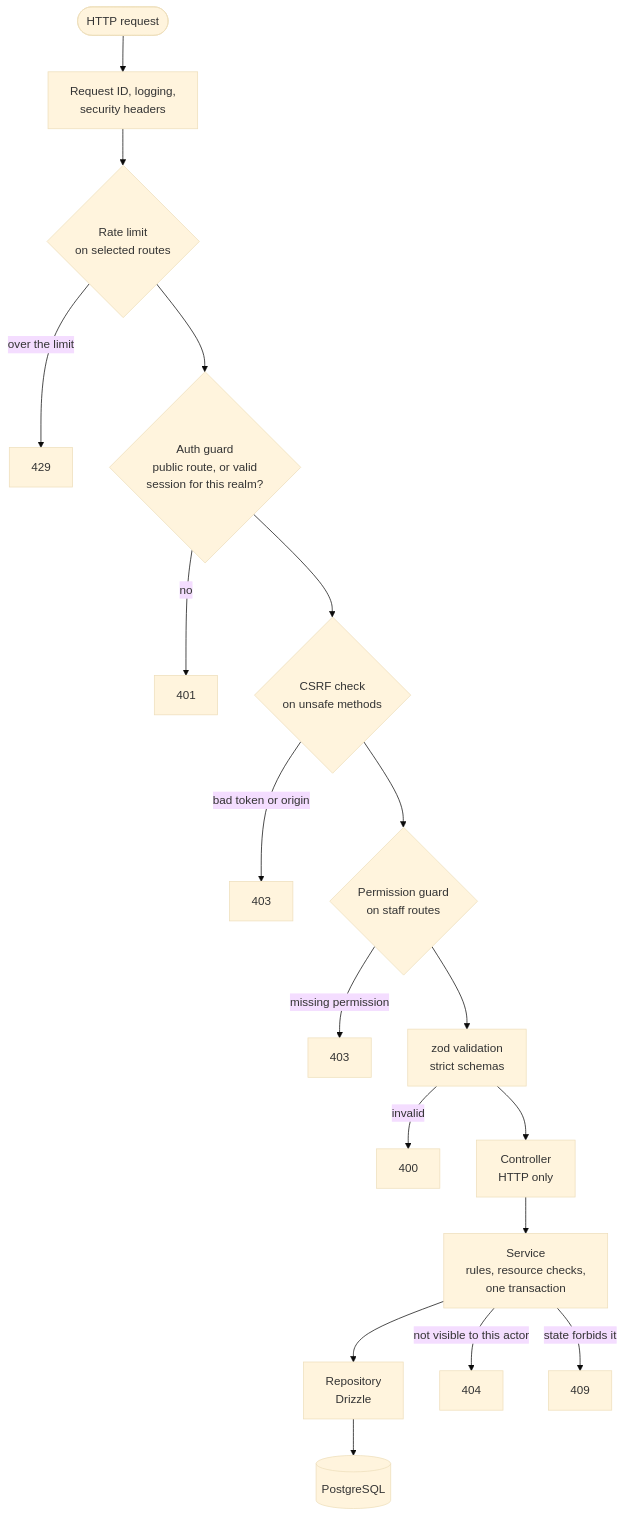
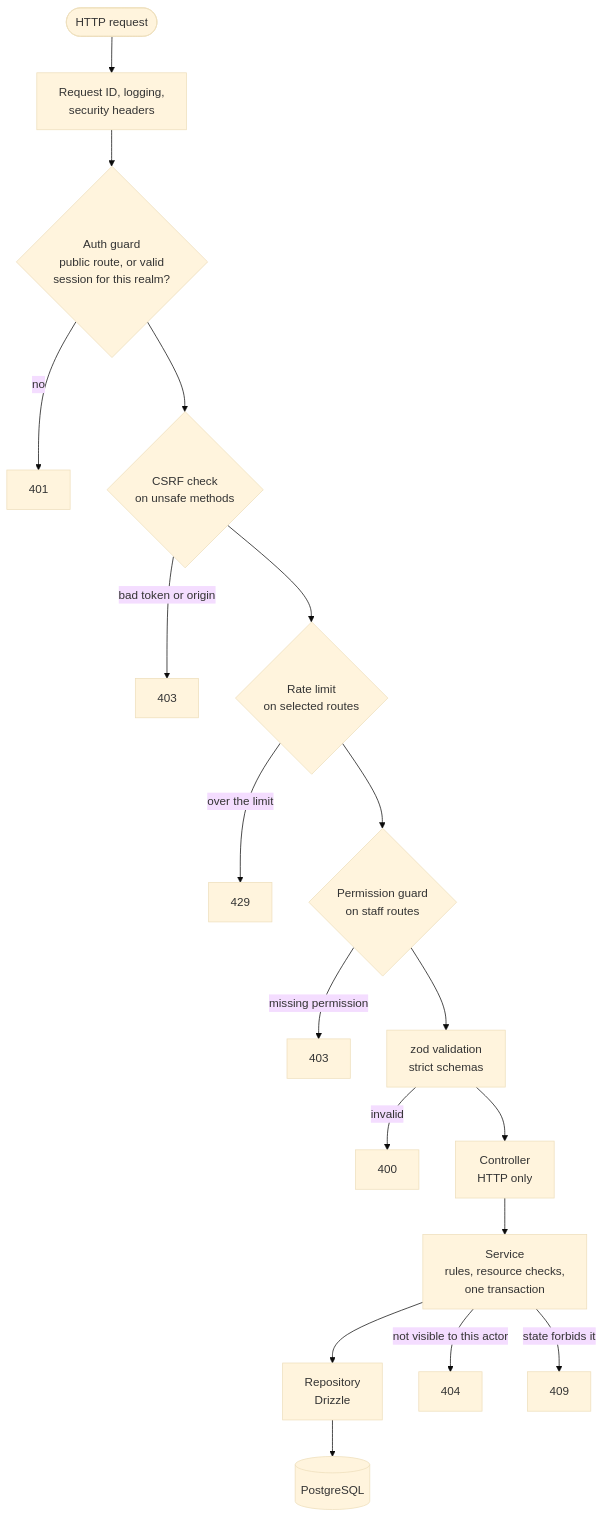
The second of 8 diagrams in docs/ARCHITECTURE.md (AqeelDEV/dsd-support-system), drawn with Mermaid (base theme) before and after one commit. The commit also changed other lines of this file and 4 other files, not shown here.

````diff
--- a/docs/ARCHITECTURE.md
+++ b/docs/ARCHITECTURE.md
@@ -67,20 +67,20 @@
 ```mermaid
 flowchart TB
     req(["HTTP request"]) --> mw["Request ID, logging,<br/>security headers"]
-    mw --> rl{"Rate limit<br/>on selected routes"}
-    rl -->|over the limit| e429["429"]
-    rl --> auth{"Auth guard<br/>public route, or valid<br/>session for this realm?"}
+    mw --> auth{"Auth guard<br/>public route, or valid<br/>session for this realm?"}
     auth -->|no| e401["401"]
     auth --> csrf{"CSRF check<br/>on unsafe methods"}
     csrf -->|bad token or origin| e403a["403"]
-    csrf --> perm{"Permission guard<br/>on staff routes"}
+    csrf --> rl{"Rate limit<br/>on selected routes"}
+    rl -->|over the limit| e429["429"]
+    rl --> perm{"Permission guard<br/>on staff routes"}
     perm -->|missing permission| e403b["403"]
     perm --> pipe["zod validation<br/>strict schemas"]
     pipe -->|invalid| e400["400"]
     pipe --> ctrl["Controller<br/>HTTP only"]
     ctrl --> svc["Service<br/>rules, resource checks,<br/>one transaction"]
     svc --> repo["Repository<br/>Drizzle"]
     repo --> db[("PostgreSQL")]
     svc -->|not visible to this actor| e404["404"]
     svc -->|state forbids it| e409["409"]
 ```
````
